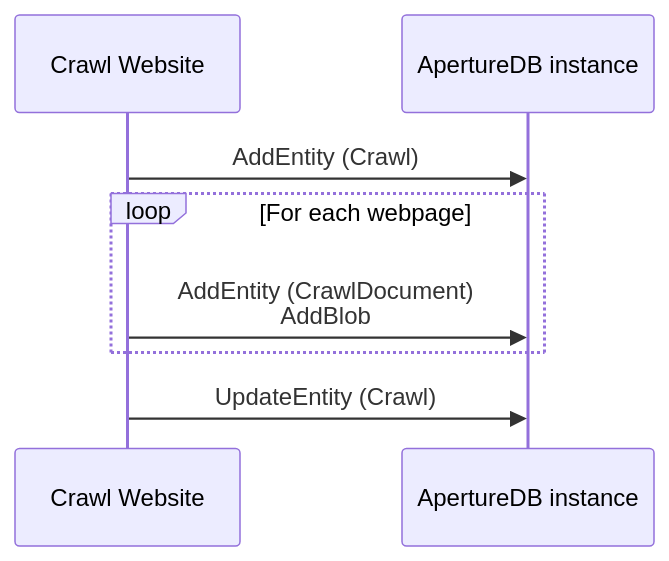
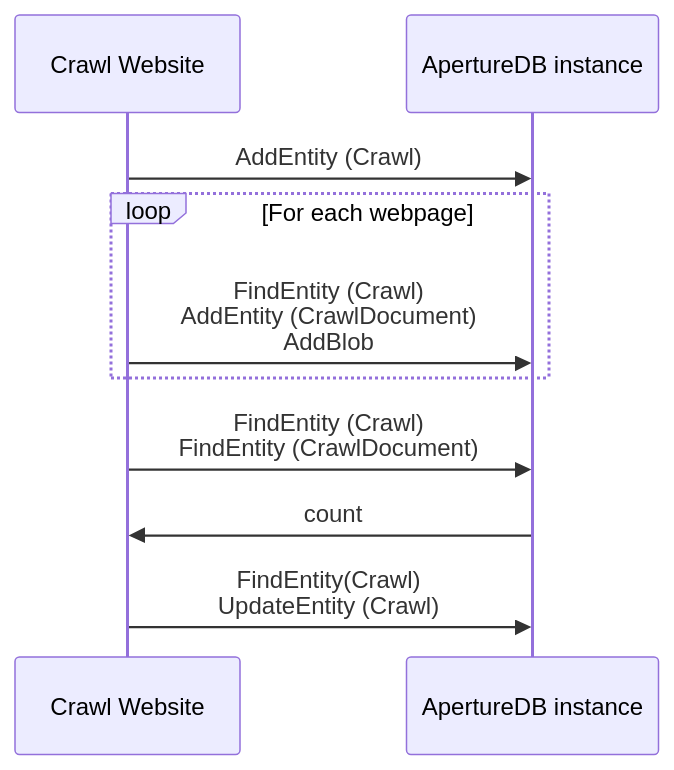
One commit to aperture-data/workflows changed the second of 2 diagrams in apps/crawl-website/README.md. Above: the diagram before and after it, drawn with Mermaid. The commit also changed 1 other file, not shown here.

Commit message:
more or less complete

````diff
--- a/apps/crawl-website/README.md
+++ b/apps/crawl-website/README.md
@@ -29,10 +29,12 @@
 ```mermaid
 sequenceDiagram
     participant W as Crawl Website
     participant A as ApertureDB instance
     W->>A: AddEntity (Crawl)
     loop For each webpage
-        W->>A: AddEntity (CrawlDocument)<br/>AddBlob
+        W->>A: FindEntity (Crawl)<br/>AddEntity (CrawlDocument)<br/>AddBlob
     end
-    W->>A: UpdateEntity (Crawl)
+    W->>A: FindEntity (Crawl)<br/>FindEntity (CrawlDocument)
+    A->>W: count
+    W->>A: FindEntity(Crawl)<br/>UpdateEntity (Crawl)
 ```
````
